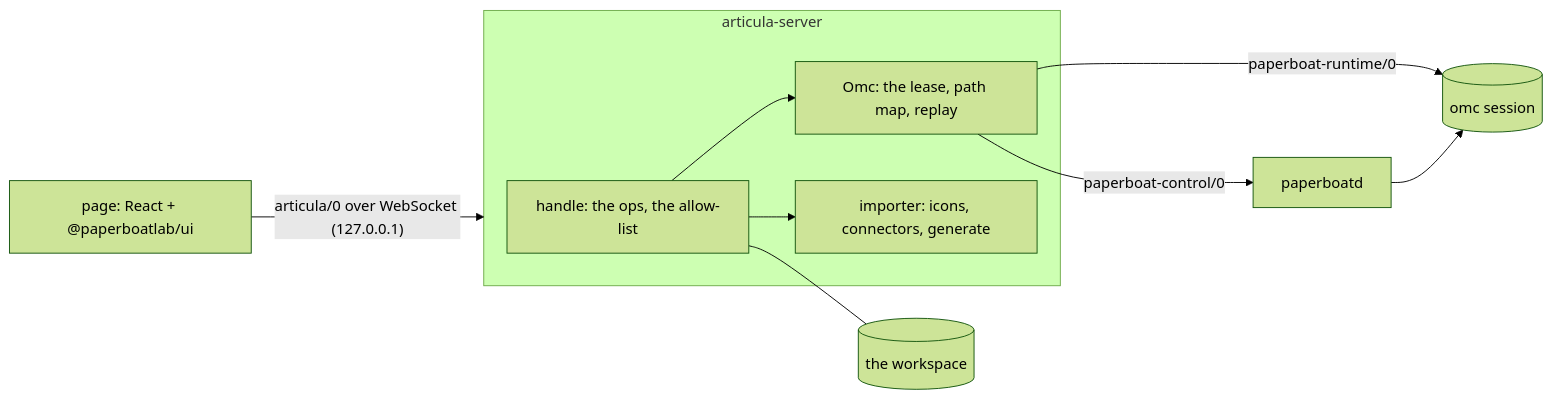
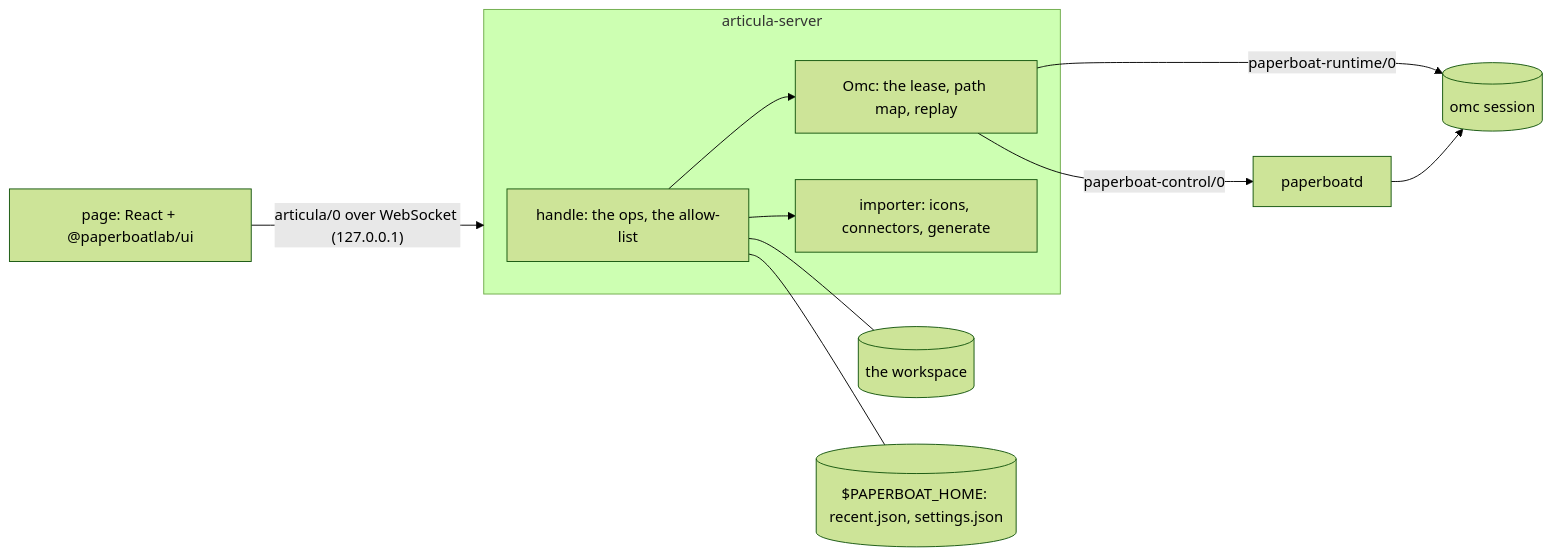
Before and after one commit to paperboatlab/articula: the diagram in ARCHITECTURE.md, drawn with Mermaid (forest theme). The commit also changed other lines of this file and 3 other files, not shown here.

````diff
--- a/ARCHITECTURE.md
+++ b/ARCHITECTURE.md
@@ -14,12 +15,13 @@
 ```mermaid
 flowchart LR
   P[page: React + @paperboatlab/ui] -- "articula/0 over WebSocket (127.0.0.1)" --> S
   subgraph S[articula-server]
     H[handle: the ops, the allow-list] --> O[Omc: the lease, path map, replay]
     H --> I[importer: icons, connectors, generate]
   end
   O -- paperboat-control/0 --> D[paperboatd]
   O -- paperboat-runtime/0 --> K[(omc session)]
   D --> K
   H --- W[(the workspace)]
+  H --- R[("$PAPERBOAT_HOME: recent.json, settings.json")]
 ```
````
